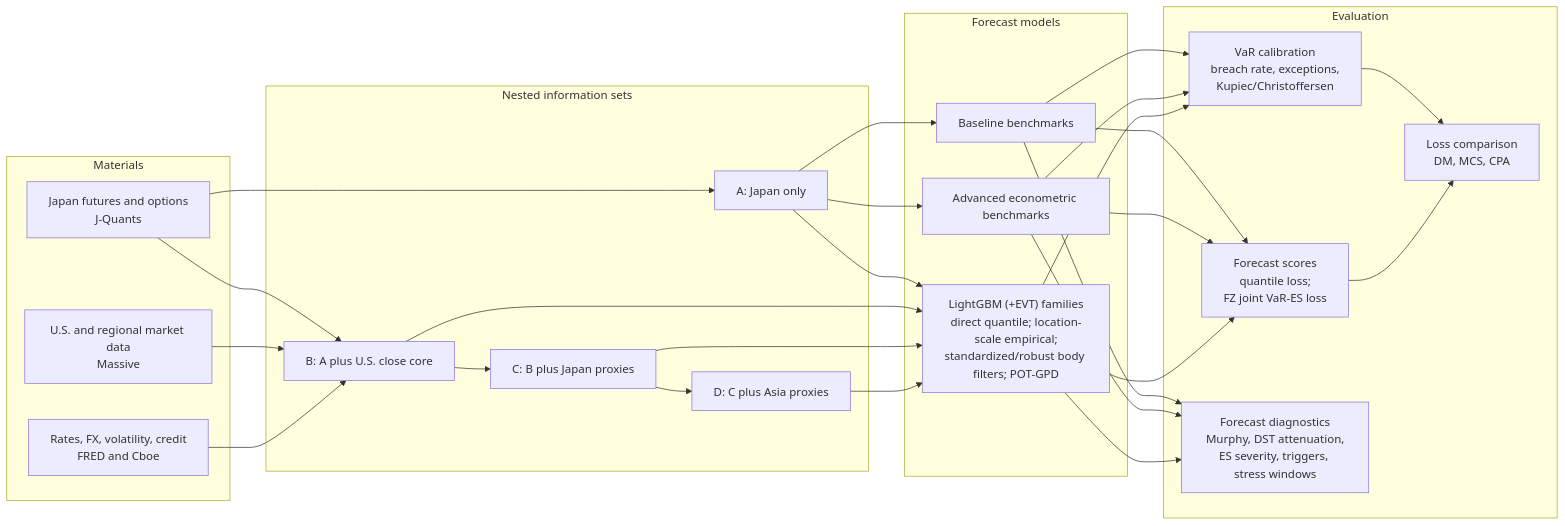
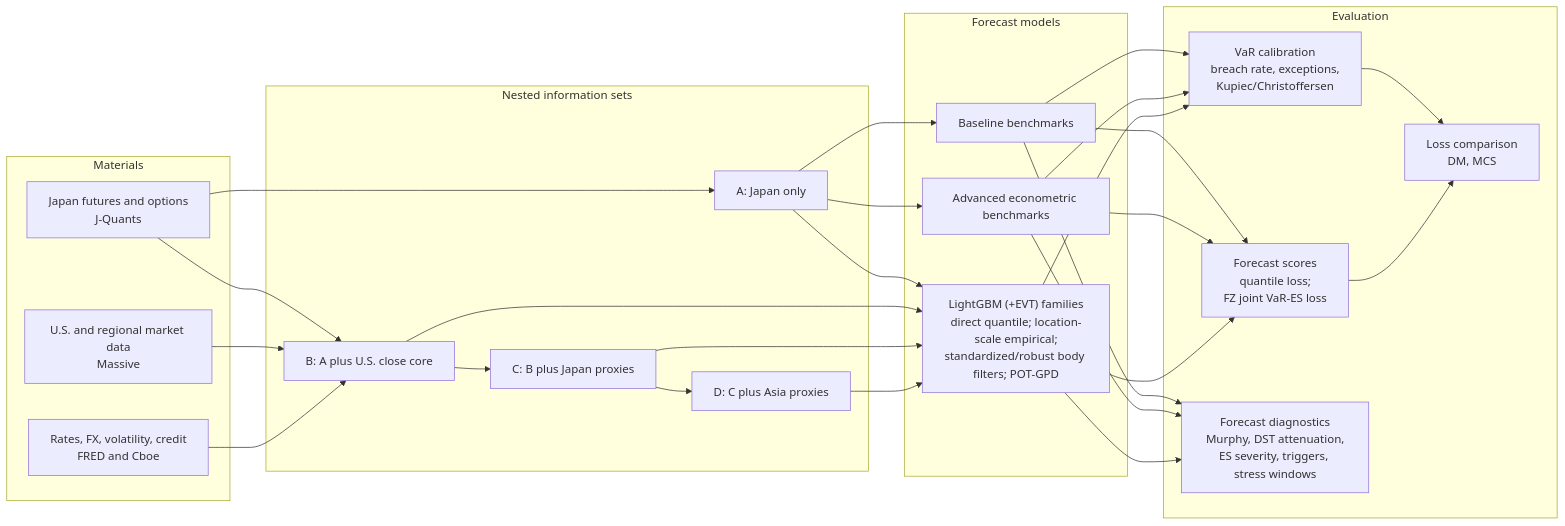
Before and after one commit to TY-Cheng/n225-open-gap-tail: the second of 2 diagrams in docs/paper_plan.md, drawn with Mermaid. The commit also changed other lines of this file and 40 other files, not shown here.

````diff
--- a/docs/paper_plan.md
+++ b/docs/paper_plan.md
@@ -410,52 +420,52 @@
 ```mermaid
 flowchart LR
     subgraph Data["Materials"]
         J["Japan futures and options<br/>J-Quants"]
         U["U.S. and regional market data<br/>Massive"]
         M["Rates, FX, volatility, credit<br/>FRED and Cboe"]
     end
 
     subgraph Features["Nested information sets"]
         A["A: Japan only"]
         B["B: A plus U.S. close core"]
         C["C: B plus Japan proxies"]
         D["D: C plus Asia proxies"]
     end
 
     subgraph Models["Forecast models"]
         BF["Baseline benchmarks"]
         AB["Advanced econometric benchmarks"]
         LGBM["LightGBM (+EVT) families<br/>direct quantile; location-scale empirical;<br/>standardized/robust body filters; POT-GPD"]
     end
 
     subgraph Evaluation["Evaluation"]
         CAL["VaR calibration<br/>breach rate, exceptions,<br/>Kupiec/Christoffersen"]
         LOSS["Forecast scores<br/>quantile loss;<br/>FZ joint VaR-ES loss"]
-        INF["Loss comparison<br/>DM, MCS, CPA"]
+        INF["Loss comparison<br/>DM, MCS"]
         DIAG["Forecast diagnostics<br/>Murphy, DST attenuation,<br/>ES severity, triggers, stress windows"]
     end
 
     J --> A
     J --> B
     U --> B
     M --> B
     B --> C
     C --> D
     A --> BF
     A --> AB
     A --> LGBM
     B --> LGBM
     C --> LGBM
     D --> LGBM
     BF --> CAL
     BF --> LOSS
     BF --> DIAG
     AB --> CAL
     AB --> LOSS
     AB --> DIAG
     LGBM --> CAL
     LGBM --> LOSS
     LGBM --> DIAG
     CAL --> INF
     LOSS --> INF
 ```
````
